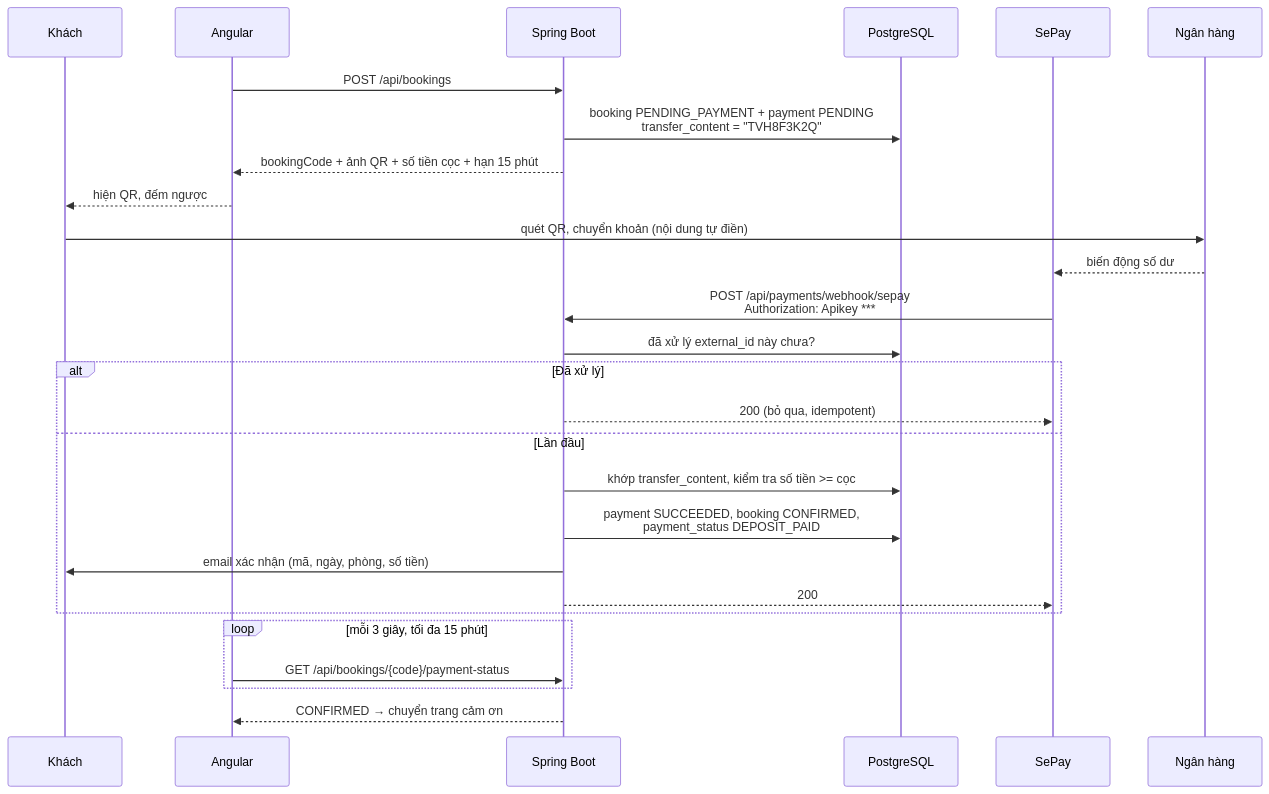
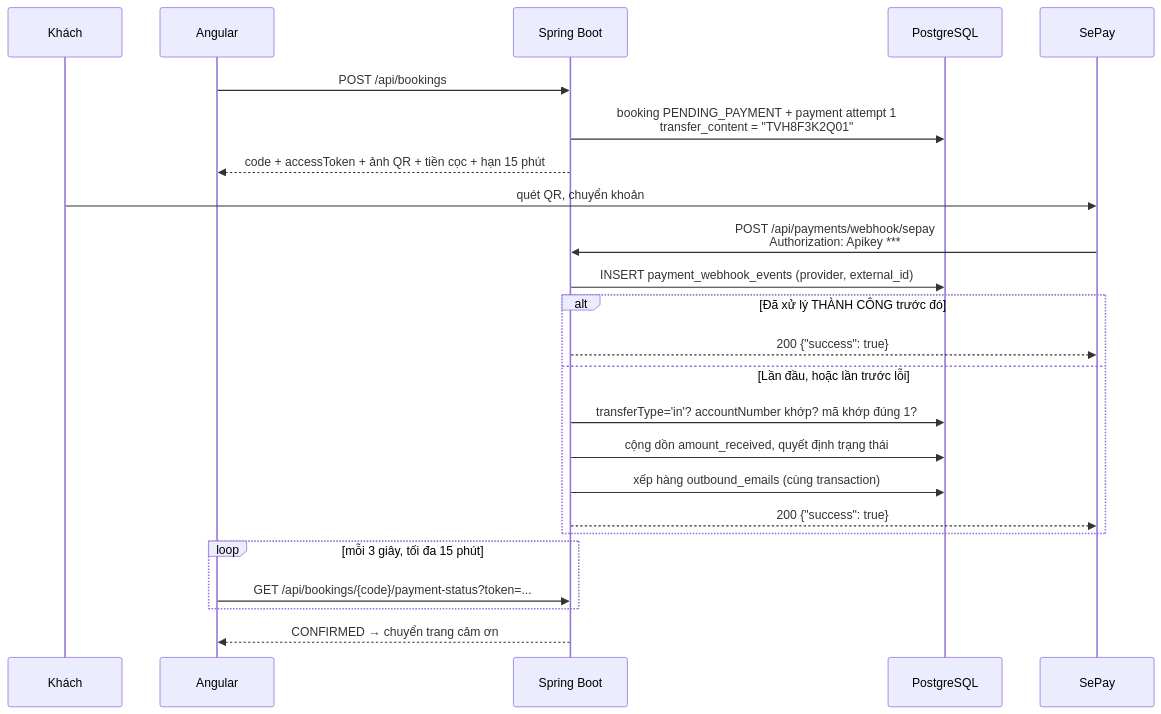
The diagram in plans/260907-1304-homestay-tvh-booking/phase-05-payment-qr.md (nhquan403/Project-Final-TVU), drawn with Mermaid before and after one commit. The commit also changed other lines of this file and 9 other files, not shown here.

````diff
--- a/plans/260907-1304-homestay-tvh-booking/phase-05-payment-qr.md
+++ b/plans/260907-1304-homestay-tvh-booking/phase-05-payment-qr.md
@@ -23,30 +23,27 @@
 ```mermaid
 sequenceDiagram
     participant KH as Khách
     participant FE as Angular
     participant API as Spring Boot
     participant DB as PostgreSQL
     participant SP as SePay
-    participant NH as Ngân hàng
 
     FE->>API: POST /api/bookings
-    API->>DB: booking PENDING_PAYMENT + payment PENDING<br/>transfer_content = "TVH8F3K2Q"
-    API-->>FE: bookingCode + ảnh QR + số tiền cọc + hạn 15 phút
-    FE-->>KH: hiện QR, đếm ngược
-    KH->>NH: quét QR, chuyển khoản (nội dung tự điền)
-    NH-->>SP: biến động số dư
+    API->>DB: booking PENDING_PAYMENT + payment attempt 1<br/>transfer_content = "TVH8F3K2Q01"
+    API-->>FE: code + accessToken + ảnh QR + tiền cọc + hạn 15 phút
+    KH->>SP: quét QR, chuyển khoản
     SP->>API: POST /api/payments/webhook/sepay<br/>Authorization: Apikey ***
-    API->>DB: đã xử lý external_id này chưa?
-    alt Đã xử lý
-        API-->>SP: 200 (bỏ qua, idempotent)
-    else Lần đầu
-        API->>DB: khớp transfer_content, kiểm tra số tiền >= cọc
-        API->>DB: payment SUCCEEDED, booking CONFIRMED,<br/>payment_status DEPOSIT_PAID
-        API->>KH: email xác nhận (mã, ngày, phòng, số tiền)
-        API-->>SP: 200
+    API->>DB: INSERT payment_webhook_events (provider, external_id)
+    alt Đã xử lý THÀNH CÔNG trước đó
+        API-->>SP: 200 {"success": true}
+    else Lần đầu, hoặc lần trước lỗi
+        API->>DB: transferType='in'? accountNumber khớp? mã khớp đúng 1?
+        API->>DB: cộng dồn amount_received, quyết định trạng thái
+        API->>DB: xếp hàng outbound_emails (cùng transaction)
+        API-->>SP: 200 {"success": true}
     end
     loop mỗi 3 giây, tối đa 15 phút
-        FE->>API: GET /api/bookings/{code}/payment-status
+        FE->>API: GET /api/bookings/{code}/payment-status?token=...
     end
     API-->>FE: CONFIRMED → chuyển trang cảm ơn
 ```
````
